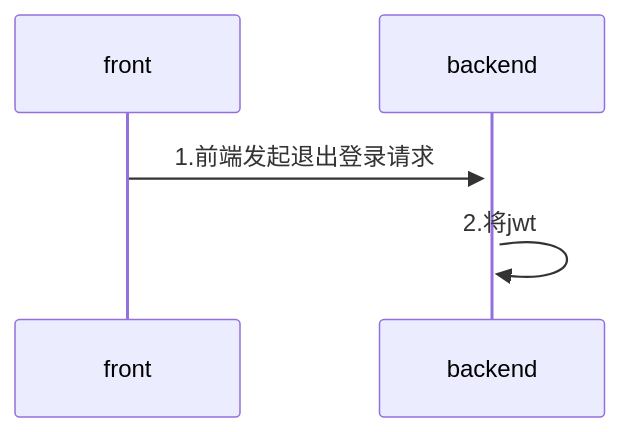
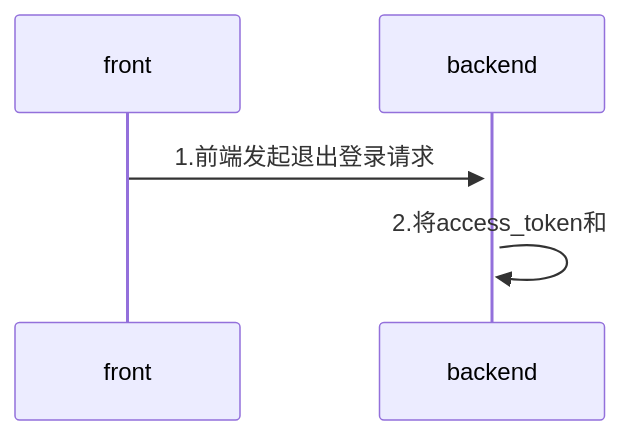
One commit to yingjianzh/iodraw-files changed the diagram in all/未命名-4.md. Above: the diagram before and after it, drawn with Mermaid.

Commit message:
2024-08-05 11:18:38 update

````diff
--- a/all/未命名-4.md
+++ b/all/未命名-4.md
@@ -1,6 +1,6 @@
 ```mermaid
 sequenceDiagram
     front->>+backend: 1.前端发起退出登录请求
-    backend->>backend: 2.将jwt
+    backend->>backend: 2.将access_token和
    
 ```
````
